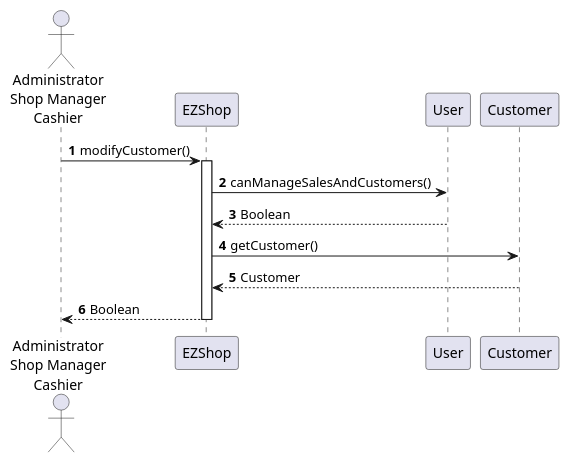
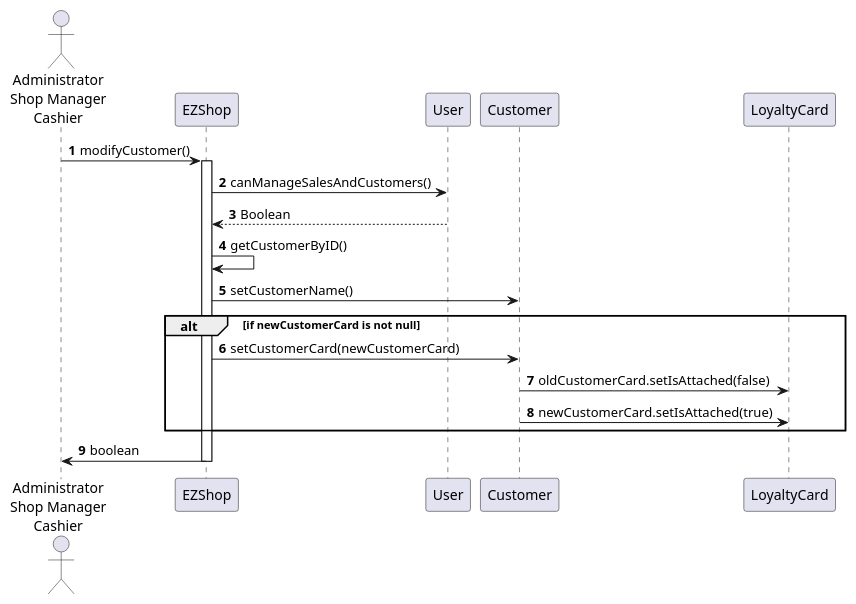
Diagram 12 of 20 in Deliverables/DesignDocument.md (gioele-scaletta/EZShop-Software-Engineering-Project), drawn with PlantUML before and after one commit. The commit also changed other lines of this file, not shown here.

````diff
--- a/Deliverables/DesignDocument.md
+++ b/Deliverables/DesignDocument.md
@@ -433,13 +442,19 @@
 ```plantuml
 actor "Administrator\nShop Manager\nCashier" as user
 autonumber
 
 user->EZShop : modifyCustomer()
 activate EZShop
 EZShop->User : canManageSalesAndCustomers()
 User -->EZShop : Boolean
-EZShop->Customer : getCustomer()
-Customer -->EZShop : Customer
-EZShop --> user : Boolean 
+EZShop->EZShop : getCustomerByID()
+EZShop->Customer : setCustomerName()
+alt if newCustomerCard is not null
+    EZShop->Customer : setCustomerCard(newCustomerCard)
+    Customer->LoyaltyCard : oldCustomerCard.setIsAttached(false)
+    Customer->LoyaltyCard : newCustomerCard.setIsAttached(true)
+    
+end
+EZShop->user : boolean
 deactivate EZShop
 ```
````
